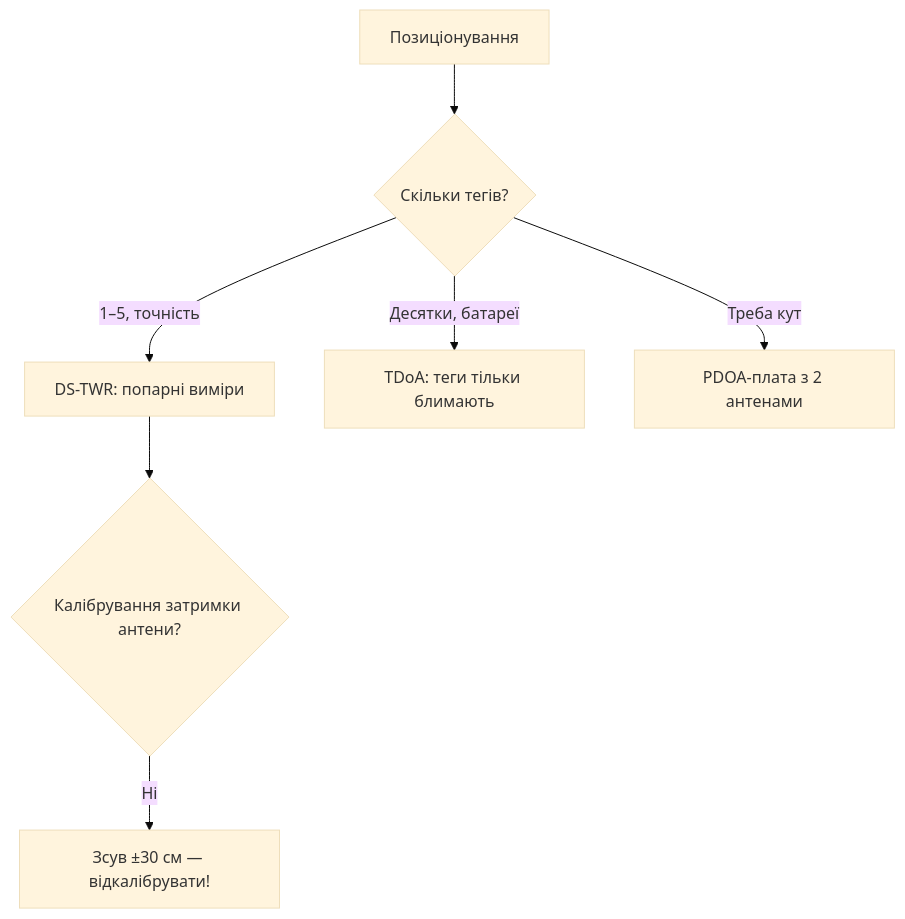
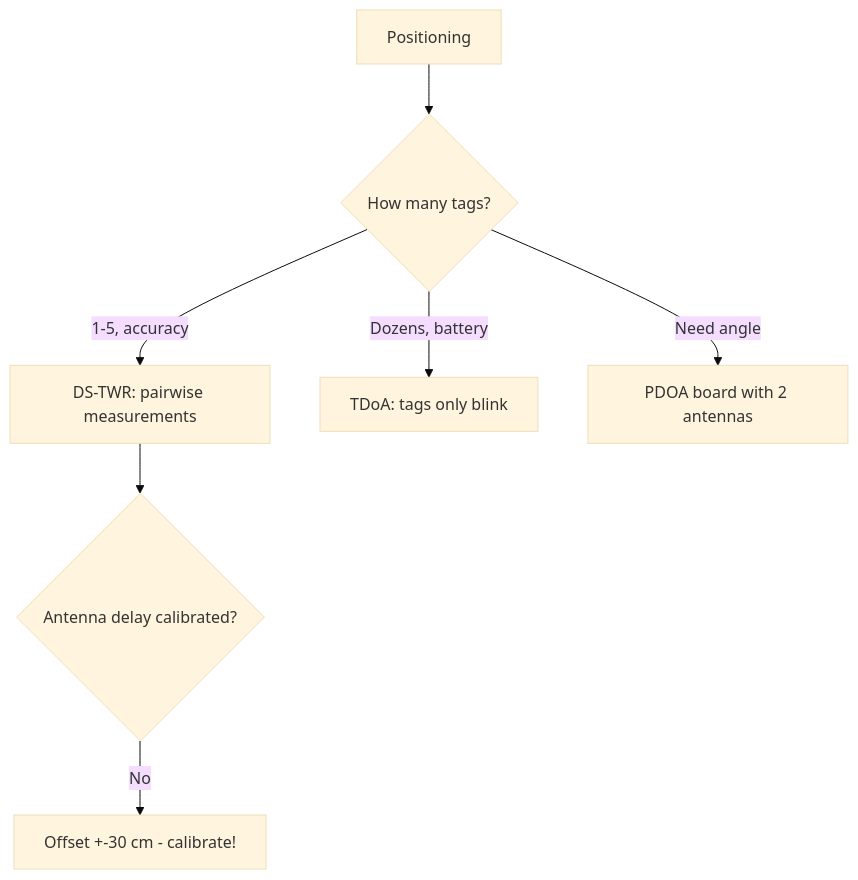
One commit to ksalab/embedded-reference changed the diagram in obsidian_vault/ESP32-Reference/EN/12-Comm-Modules/28-UWB-2.en.md. Above: the diagram before and after it, drawn with Mermaid (base theme). The commit also changed other lines of this file and 76 other files, not shown here.

````diff
--- a/obsidian_vault/ESP32-Reference/EN/12-Comm-Modules/28-UWB-2.en.md
+++ b/obsidian_vault/ESP32-Reference/EN/12-Comm-Modules/28-UWB-2.en.md
@@ -51,9 +51,9 @@
 ```mermaid
 flowchart TB
-    Q[Позиціонування] --> N{Скільки тегів?}
-    N -->|1–5, точність| DS[DS-TWR: попарні виміри]
-    N -->|Десятки, батареї| TDOA[TDoA: теги тільки блимають]
-    N -->|Треба кут| PDOA[PDOA-плата з 2 антенами]
-    DS --> CAL{Калібрування затримки антени?}
-    CAL -->|Ні| OFF[Зсув ±30 см — відкалібрувати!]
+    Q[Positioning] --> N{How many tags?}
+    N -->|1-5, accuracy| DS[DS-TWR: pairwise measurements]
+    N -->|Dozens, battery| TDOA[TDoA: tags only blink]
+    N -->|Need angle| PDOA[PDOA board with 2 antennas]
+    DS --> CAL{Antenna delay calibrated?}
+    CAL -->|No| OFF[Offset +-30 cm - calibrate!]
 ```
````
